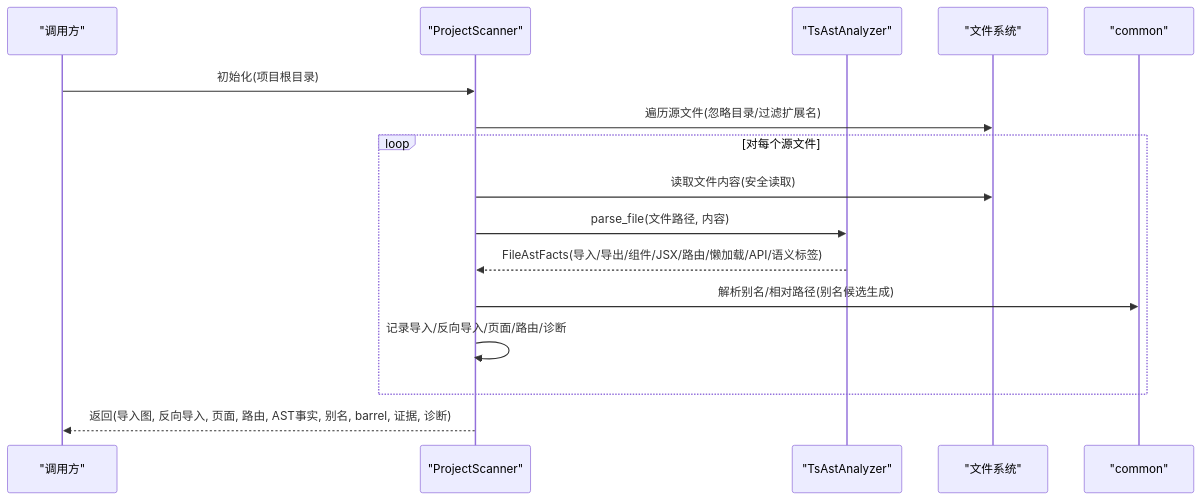
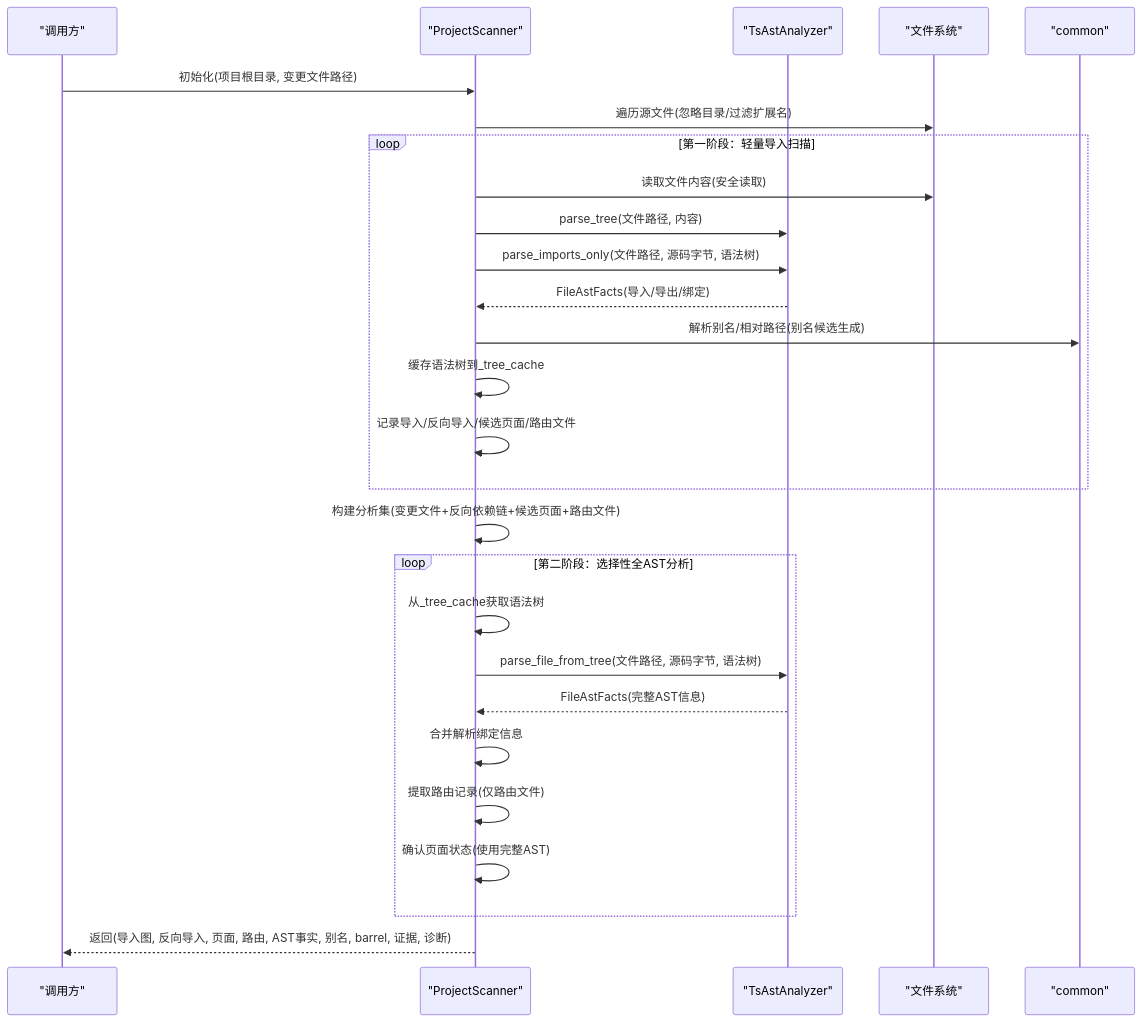
The second of 6 diagrams in .qoder/repowiki/zh/content/核心功能/项目结构扫描.md (brand-new-remo/frontend-impact-analyzer), drawn with Mermaid before and after one commit. The commit also changed other lines of this file and 8 other files, not shown here.

````diff
--- a/.qoder/repowiki/zh/content/核心功能/项目结构扫描.md
+++ b/.qoder/repowiki/zh/content/核心功能/项目结构扫描.md
@@ -129,18 +142,29 @@
 ```mermaid
 sequenceDiagram
 participant CLI as "调用方"
 participant PS as "ProjectScanner"
 participant TA as "TsAstAnalyzer"
 participant FS as "文件系统"
 participant CMN as "common"
-CLI->>PS : 初始化(项目根目录)
+CLI->>PS : 初始化(项目根目录, 变更文件路径)
 PS->>FS : 遍历源文件(忽略目录/过滤扩展名)
-loop 对每个源文件
+loop 第一阶段：轻量导入扫描
 PS->>FS : 读取文件内容(安全读取)
-PS->>TA : parse_file(文件路径, 内容)
-TA-->>PS : FileAstFacts(导入/导出/组件/JSX/路由/懒加载/API/语义标签)
+PS->>TA : parse_tree(文件路径, 内容)
+PS->>TA : parse_imports_only(文件路径, 源码字节, 语法树)
+TA-->>PS : FileAstFacts(导入/导出/绑定)
 PS->>CMN : 解析别名/相对路径(别名候选生成)
-PS->>PS : 记录导入/反向导入/页面/路由/诊断
+PS->>PS : 缓存语法树到_tree_cache
+PS->>PS : 记录导入/反向导入/候选页面/路由文件
+end
+PS->>PS : 构建分析集(变更文件+反向依赖链+候选页面+路由文件)
+loop 第二阶段：选择性全AST分析
+PS->>PS : 从_tree_cache获取语法树
+PS->>TA : parse_file_from_tree(文件路径, 源码字节, 语法树)
+TA-->>PS : FileAstFacts(完整AST信息)
+PS->>PS : 合并解析绑定信息
+PS->>PS : 提取路由记录(仅路由文件)
+PS->>PS : 确认页面状态(使用完整AST)
 end
 PS-->>CLI : 返回(导入图, 反向导入, 页面, 路由, AST事实, 别名, barrel, 证据, 诊断)
 ```
````
